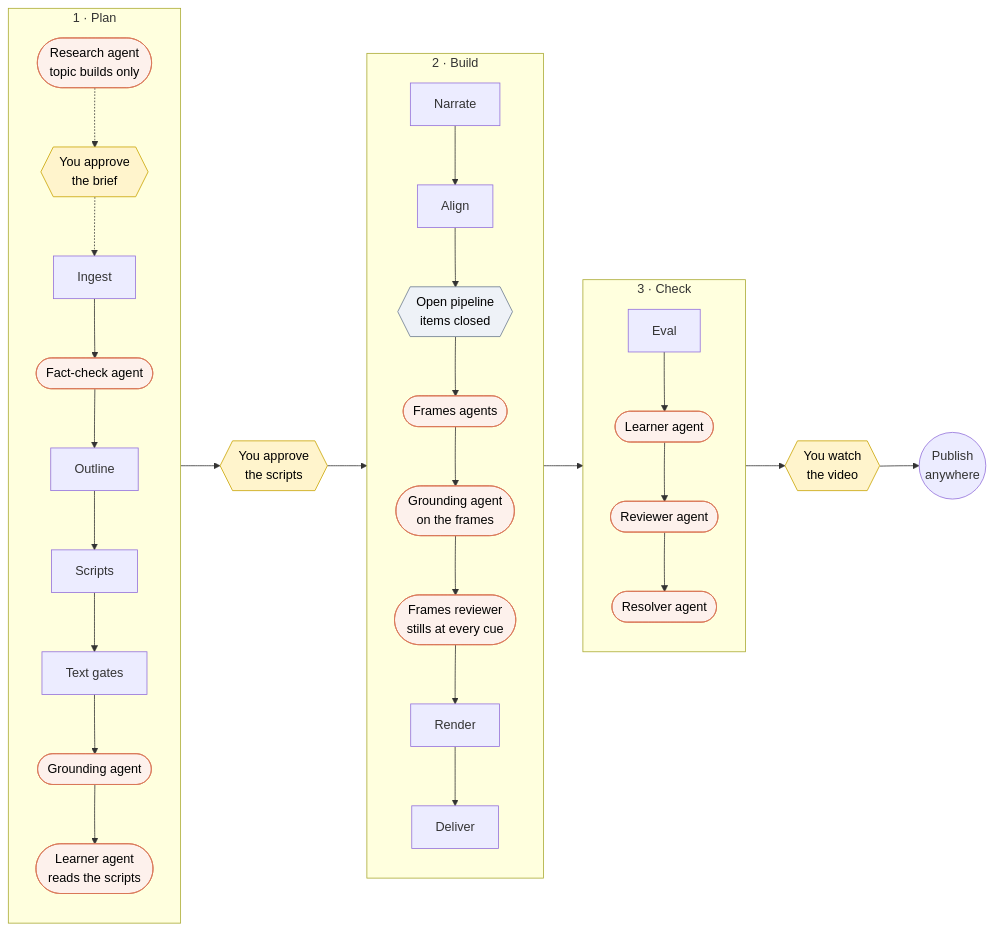
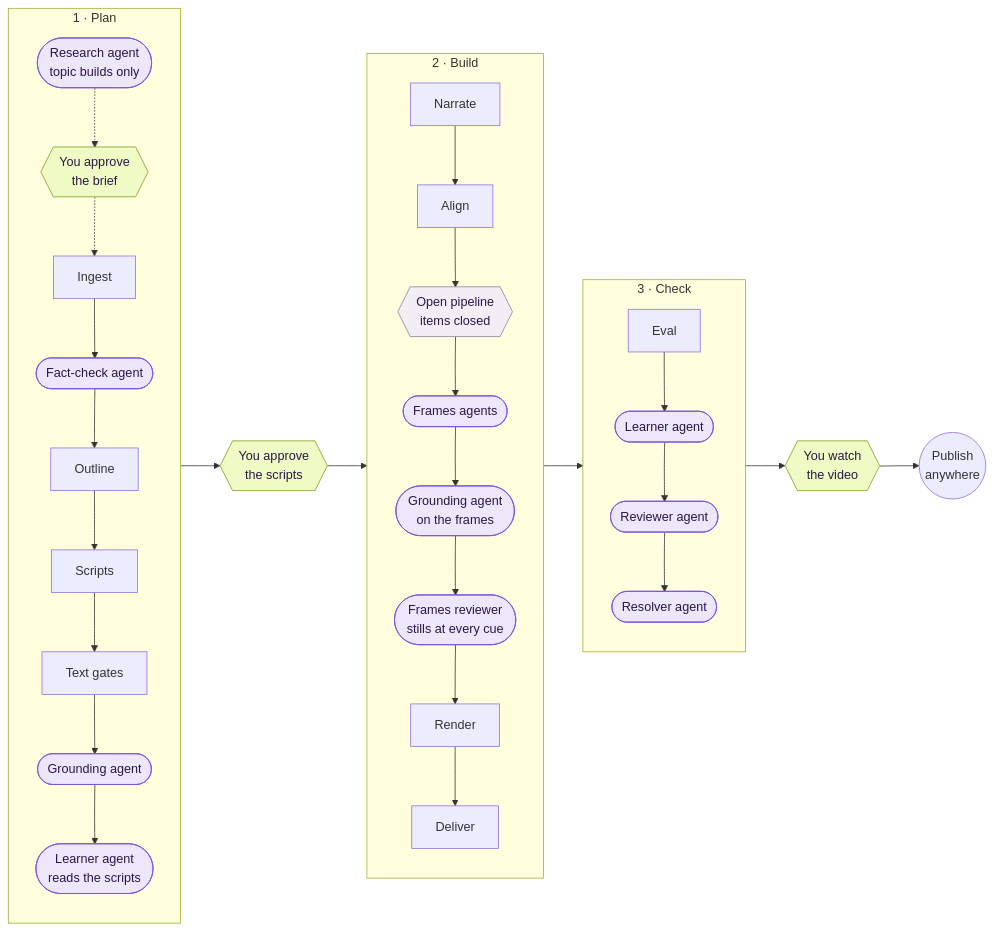
The diagram in README.md (OlixIgnacious/chalk), drawn with Mermaid before and after one commit. The commit also changed other lines of this file and 9 other files, not shown here.

````diff
--- a/README.md
+++ b/README.md
@@ -71,26 +71,26 @@
 ```mermaid
 flowchart LR
     subgraph P1 ["1 · Plan"]
         direction TB
         AR([Research agent<br/>topic builds only]) -.-> GR{{You approve<br/>the brief}} -.-> A1
         A1[Ingest] --> A0([Fact-check agent]) --> A2[Outline] --> A3[Scripts] --> A4[Text gates] --> A5([Grounding agent]) --> A6([Learner agent<br/>reads the scripts])
     end
     subgraph P2 ["2 · Build"]
         direction TB
         B1[Narrate] --> B2[Align] --> B0{{Open pipeline<br/>items closed}} --> B3([Frames agents]) --> B6([Grounding agent<br/>on the frames]) --> B7([Frames reviewer<br/>stills at every cue]) --> B4[Render] --> B5[Deliver]
     end
     subgraph P3 ["3 · Check"]
         direction TB
         C1[Eval] --> C2([Learner agent]) --> C3([Reviewer agent]) --> C4([Resolver agent])
     end
 
     P1 --> G1{{You approve<br/>the scripts}} --> P2
     P2 --> P3 --> G2{{You watch<br/>the video}} --> Done((Publish<br/>anywhere))
 
-    classDef agent fill:#fdf1ec,stroke:#d97757,color:#000
-    classDef gate fill:#fff4cc,stroke:#c9a400,color:#000
+    classDef agent fill:#ece7fb,stroke:#7a52e0,color:#2a1745
+    classDef gate fill:#eefbc4,stroke:#7f9e1a,color:#2a1745
     class AR,A0,A5,A6,B3,B6,B7,C2,C3,C4 agent
     class GR,G1,G2 gate
-    classDef debt fill:#eef2f7,stroke:#6b7a90,color:#000
+    classDef debt fill:#f1eef6,stroke:#8a7fa3,color:#2a1745
     class B0 debt
 ```
````
